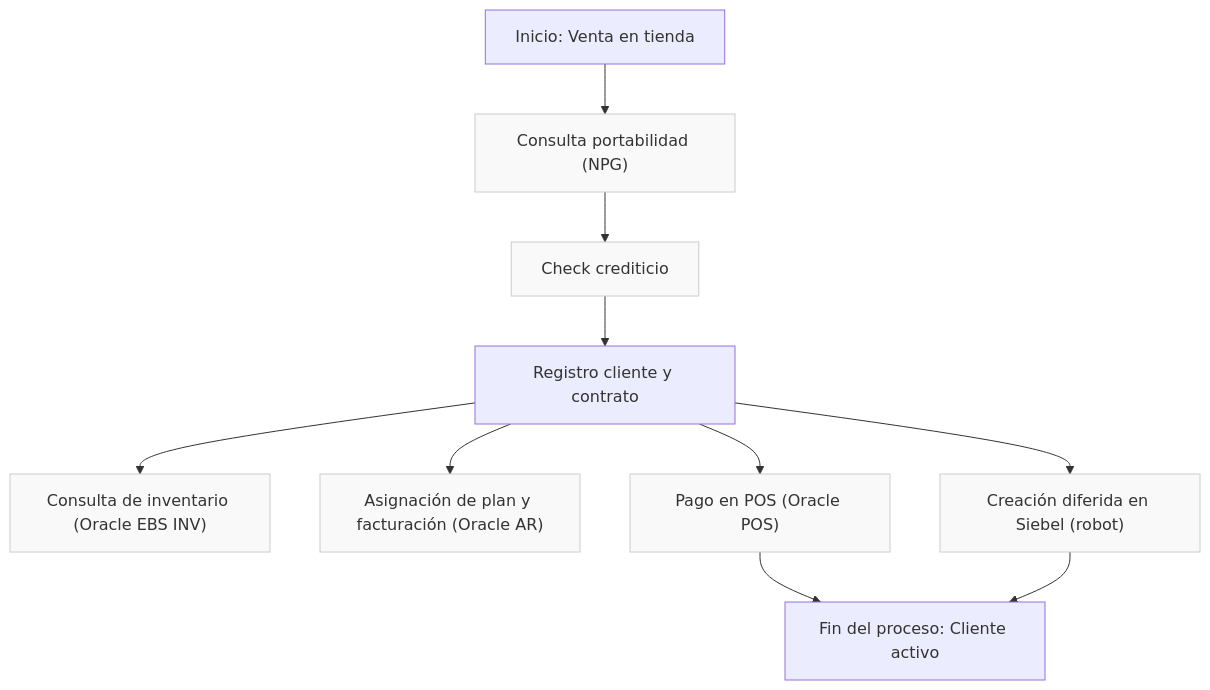
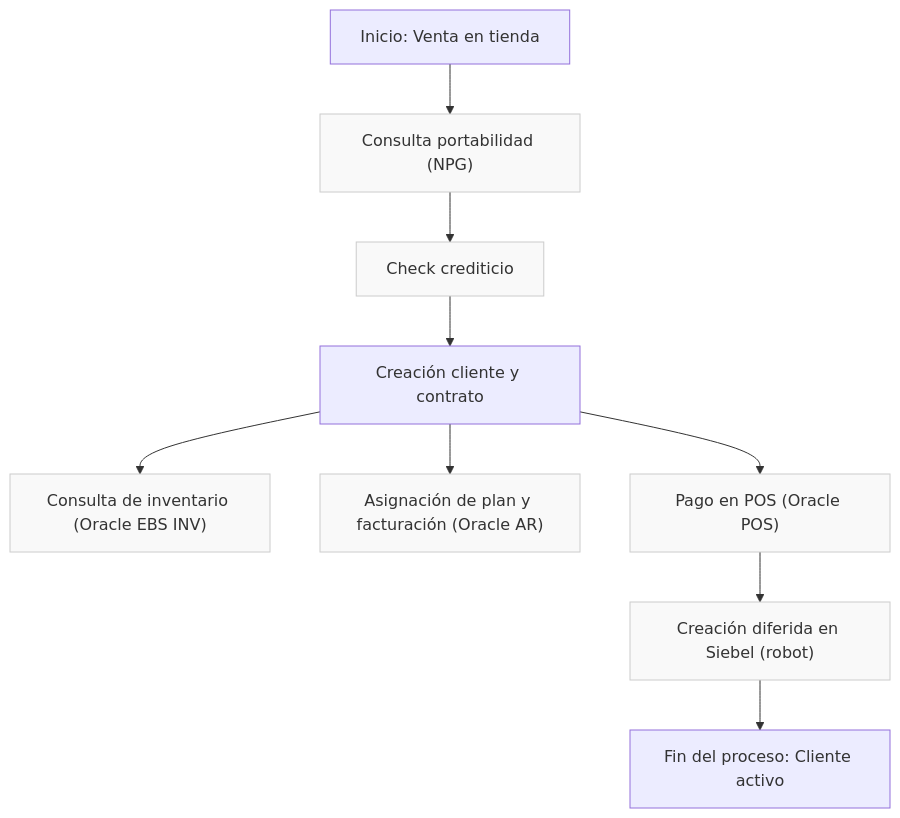
Before and after one commit to SalomonOctavio/Frontend-ventas: the diagram in diagrams/flujo-funcional.mmd, drawn with Mermaid.

Commit message:
corrige 3 diagrama

```diff
--- a/diagrams/flujo-funcional.mmd
+++ b/diagrams/flujo-funcional.mmd
@@ -1,13 +1,12 @@
 flowchart TD
 INI["Inicio: Venta en tienda"] --> PORT["Consulta portabilidad (NPG)"]
 PORT --> CRED["Check crediticio"]
-CRED --> FORM["Registro cliente y contrato"]
+CRED --> FORM["Creación cliente y contrato"]
 FORM --> INV["Consulta de inventario (Oracle EBS INV)"]
 FORM --> FACT["Asignación de plan y facturación (Oracle AR)"]
 FORM --> POS["Pago en POS (Oracle POS)"]
-FORM --> ROBOT["Creación diferida en Siebel (robot)"]
-POS --> FIN["Fin del proceso: Cliente activo"]
-ROBOT --> FIN
+POS --> ROBOT["Creación diferida en Siebel (robot)"]
+ROBOT --> FIN["Fin del proceso: Cliente activo"]
 
 classDef sistemas fill:#f9f9f9,stroke:#ccc,color:#333;
 class PORT,CRED,INV,FACT,POS,ROBOT sistemas;
```
